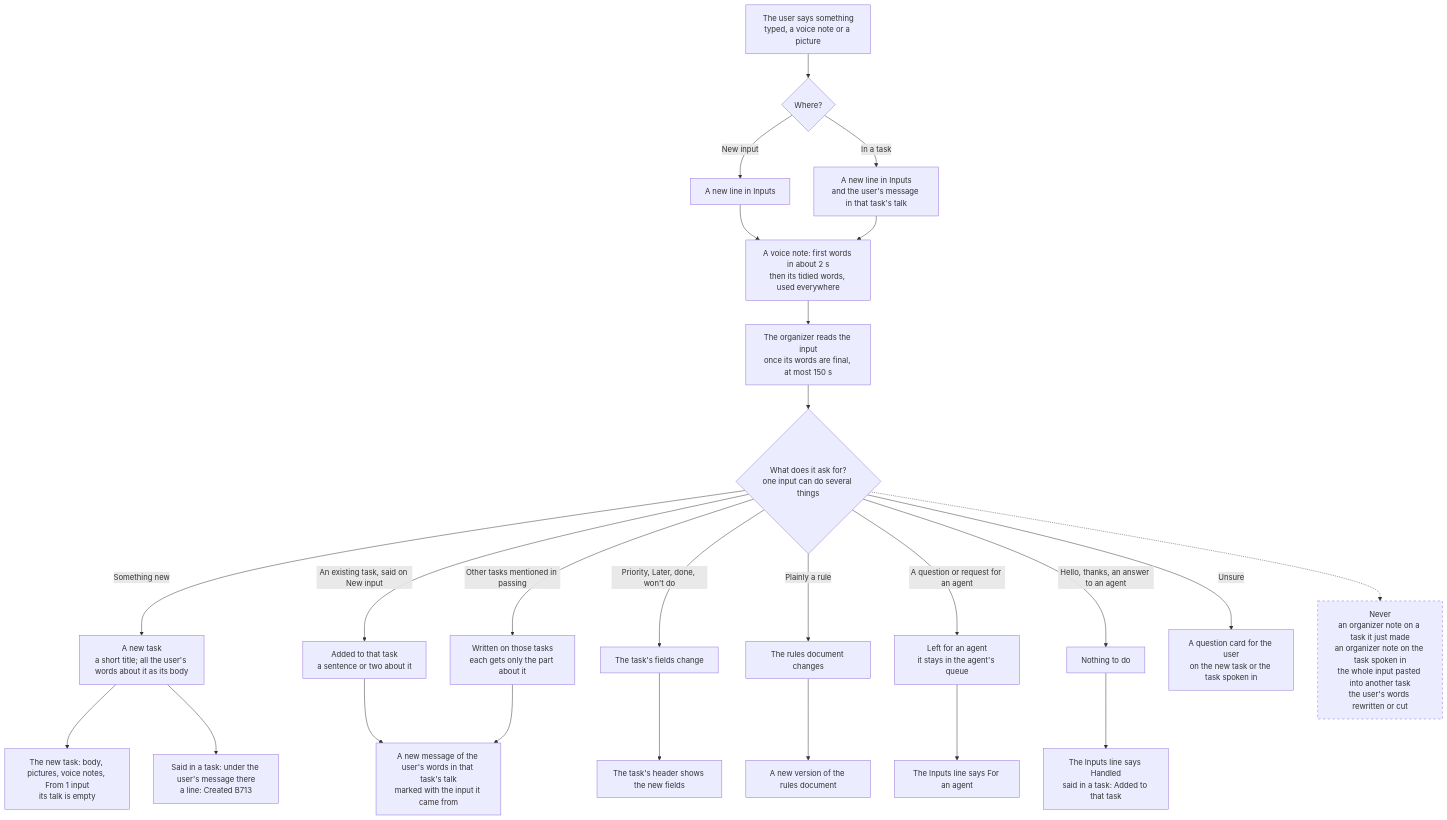
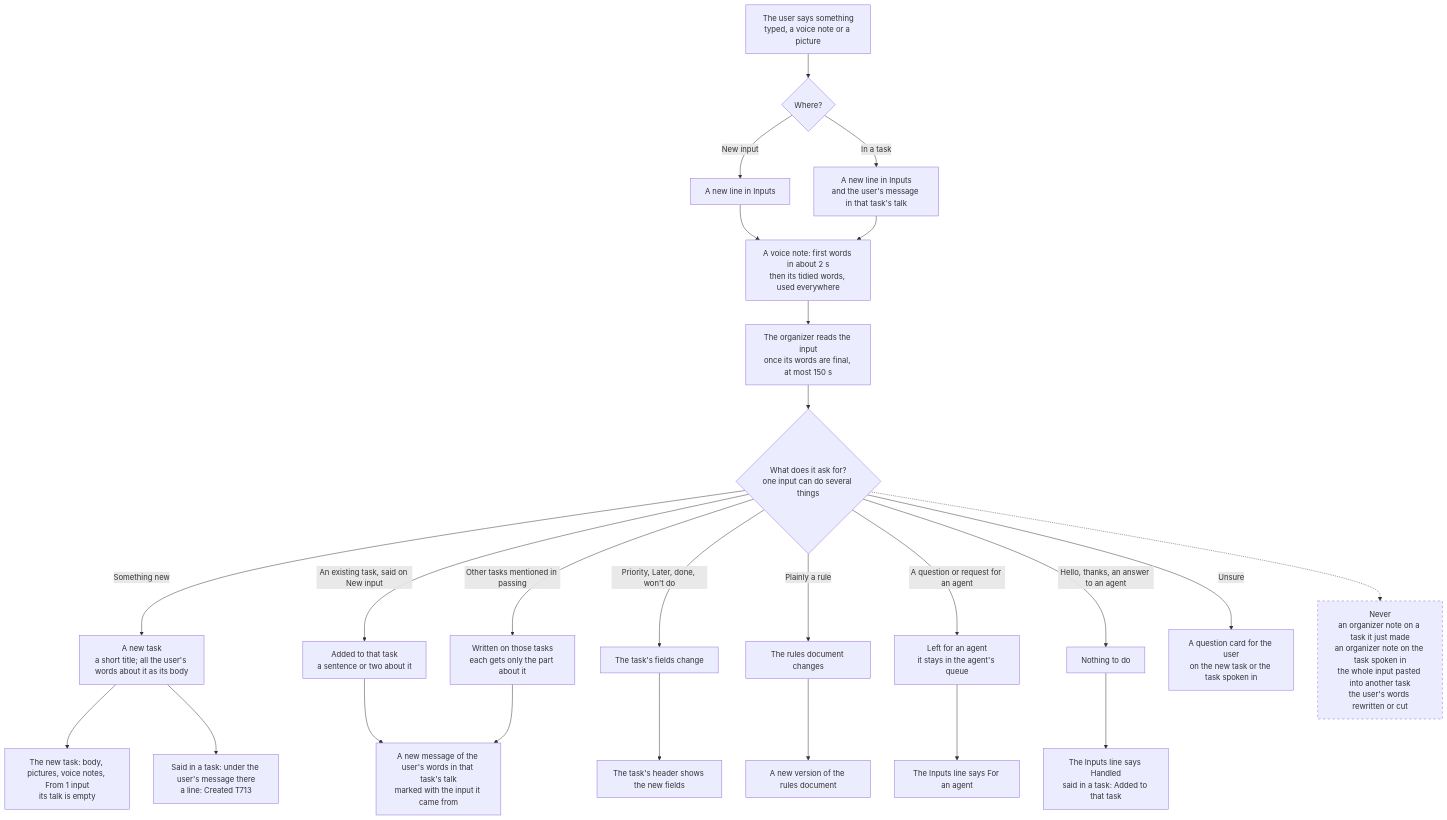
One commit to ralphite/taska changed the first of 3 diagrams in docs/inputs.md. Above: the diagram before and after it, drawn with Mermaid. The commit also changed other lines of this file and 394 other files, not shown here.

````diff
--- a/docs/inputs.md
+++ b/docs/inputs.md
@@ -8,29 +8,29 @@
 ```mermaid
 flowchart TD
     A["The user says something<br/>typed, a voice note or a picture"] --> W{"Where?"}
     W -->|"New input"| P["A new line in Inputs"]
     W -->|"In a task"| S["A new line in Inputs<br/>and the user's message in that task's talk"]
     P --> V["A voice note: first words in about 2 s<br/>then its tidied words, used everywhere"]
     S --> V
     V --> O["The organizer reads the input<br/>once its words are final, at most 150 s"]
     O --> D{"What does it ask for?<br/>one input can do several things"}
     D -->|"Something new"| N["A new task<br/>a short title; all the user's words about it as its body"]
     D -->|"An existing task, said on New input"| E["Added to that task<br/>a sentence or two about it"]
     D -->|"Other tasks mentioned in passing"| X["Written on those tasks<br/>each gets only the part about it"]
     D -->|"Priority, Later, done, won't do"| F["The task's fields change"]
     D -->|"Plainly a rule"| R["The rules document changes"]
     D -->|"A question or request for an agent"| G["Left for an agent<br/>it stays in the agent's queue"]
     D -->|"Hello, thanks, an answer to an agent"| Z["Nothing to do"]
     D -->|"Unsure"| Q["A question card for the user<br/>on the new task or the task spoken in"]
     N --> N2["The new task: body, pictures, voice notes, From 1 input<br/>its talk is empty"]
-    N --> C["Said in a task: under the user's message there<br/>a line: Created B713"]
+    N --> C["Said in a task: under the user's message there<br/>a line: Created T713"]
     E --> M["A new message of the user's words in that task's talk<br/>marked with the input it came from"]
     X --> M
-    F --> F2["The task's header shows the new fields"]
+    F --> T2["The task's header shows the new fields"]
     R --> R2["A new version of the rules document"]
     G --> G2["The Inputs line says For an agent"]
     Z --> Z2["The Inputs line says Handled<br/>said in a task: Added to that task"]
     D -.-> NO["Never<br/>an organizer note on a task it just made<br/>an organizer note on the task spoken in<br/>the whole input pasted into another task<br/>the user's words rewritten or cut"]
     classDef never stroke-dasharray: 5 5
     class NO never
 ```
````
